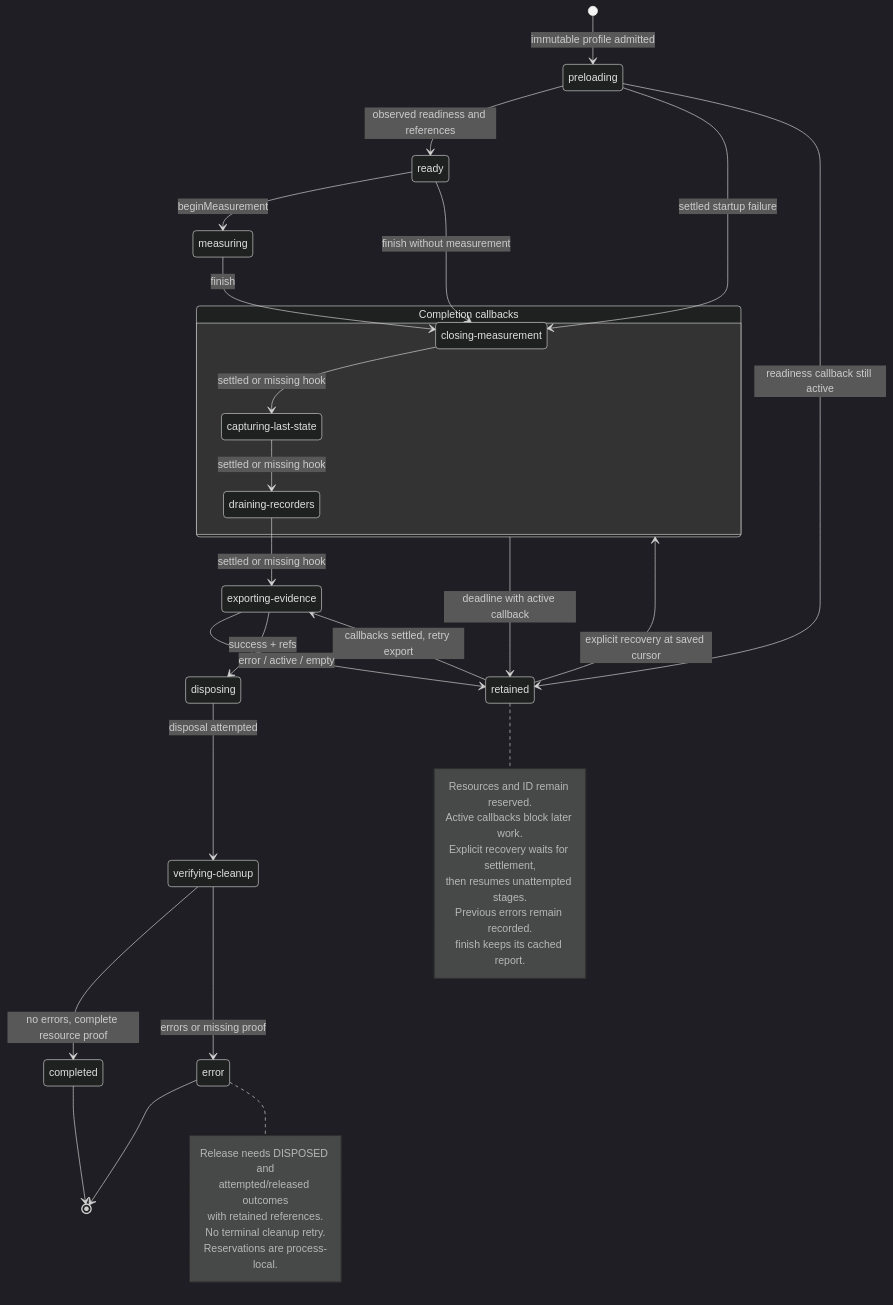
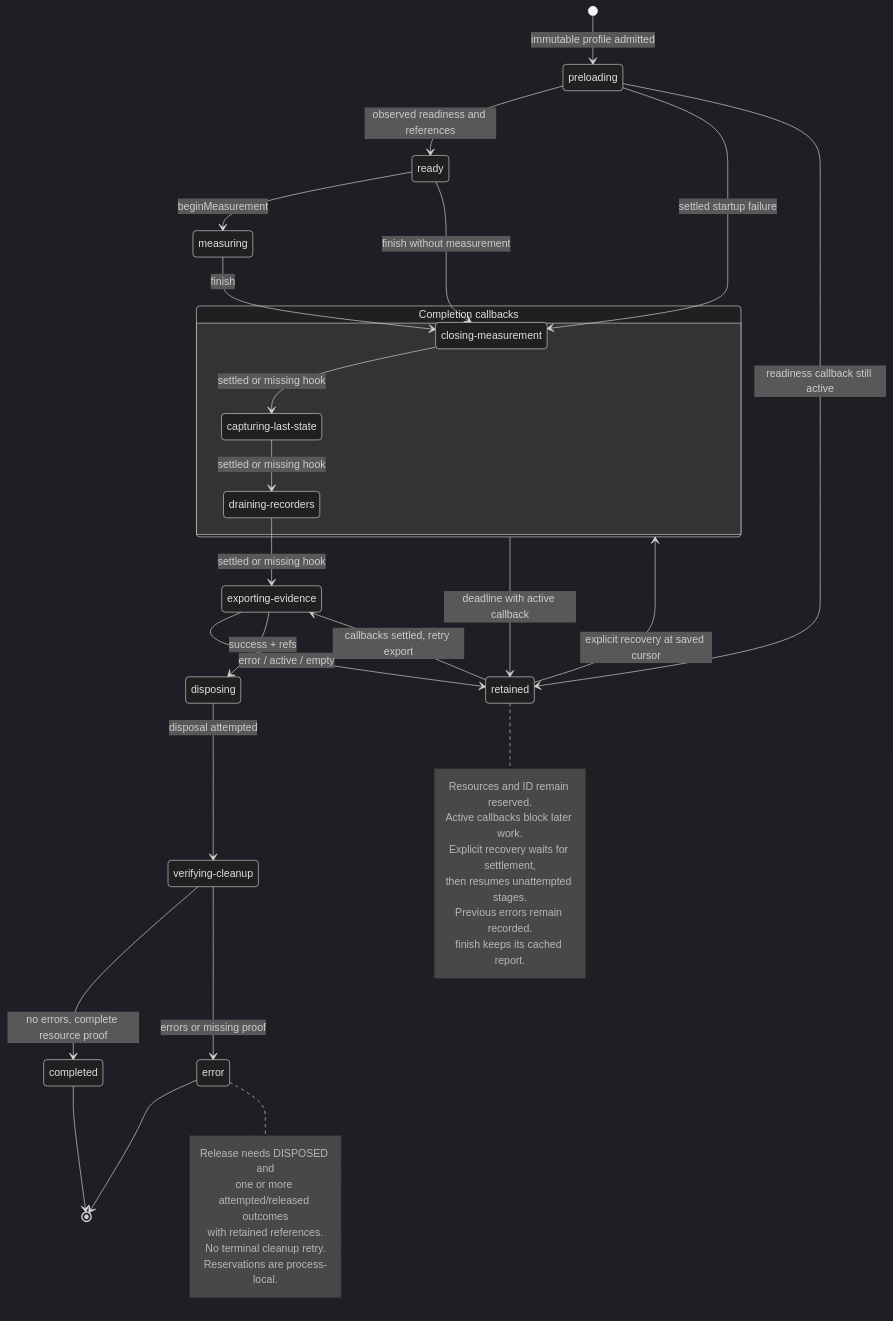
One commit to mmkolpakov/robotics-runtime changed the diagram in docs/architecture/run-state.mmd. Above: the diagram before and after it, drawn with Mermaid (dark theme). The commit also changed 4 other files, not shown here.

```diff
--- a/docs/architecture/run-state.mmd
+++ b/docs/architecture/run-state.mmd
@@ -1,52 +1,52 @@
 %%{init: {"state": {"useMaxWidth": false}}}%%
 stateDiagram-v2
     direction TB
     state "preloading" as Preloading
     state "ready" as Ready
     state "measuring" as Measuring
     state "Completion callbacks" as Callbacks {
         state "closing-measurement" as Closing
         state "capturing-last-state" as Capturing
         state "draining-recorders" as Draining
         Closing --> Capturing: settled or missing hook
         Capturing --> Draining: settled or missing hook
     }
     state "exporting-evidence" as Exporting
     state "retained" as Retained
     state "disposing" as Disposing
     state "verifying-cleanup" as Verifying
     state "completed" as Completed
     state "error" as Error
     [*] --> Preloading: immutable profile admitted
     Preloading --> Ready: observed readiness and references
     Preloading --> Closing: settled startup failure
     Preloading --> Retained: readiness callback still active
     Ready --> Measuring: beginMeasurement
     Ready --> Closing: finish without measurement
     Measuring --> Closing: finish
     Callbacks --> Retained: deadline with active callback
     Draining --> Exporting: settled or missing hook
     Retained --> Callbacks: explicit recovery at saved cursor
     Retained --> Exporting: callbacks settled, retry export
     Exporting --> Retained: error / active / empty
     Exporting --> Disposing: success + refs
     Disposing --> Verifying: disposal attempted
     Verifying --> Completed: no errors, complete resource proof
     Verifying --> Error: errors or missing proof
     Completed --> [*]
     Error --> [*]
     note right of Retained
         Resources and ID remain reserved.
         Active callbacks block later work.
         Explicit recovery waits for settlement,
         then resumes unattempted stages.
         Previous errors remain recorded.
         finish keeps its cached report.
     end note
     note right of Error
         Release needs DISPOSED and
-        attempted/released outcomes
+        one or more attempted/released outcomes
         with retained references.
         No terminal cleanup retry.
         Reservations are process-local.
     end note
```
